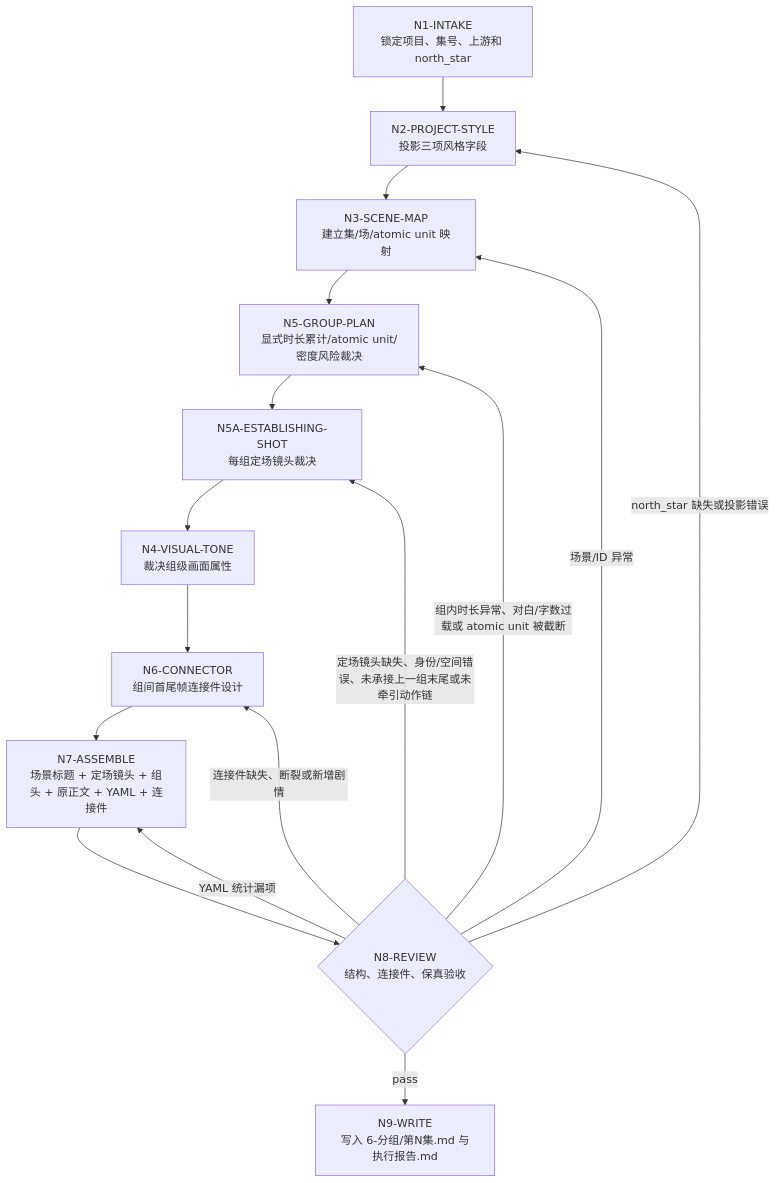
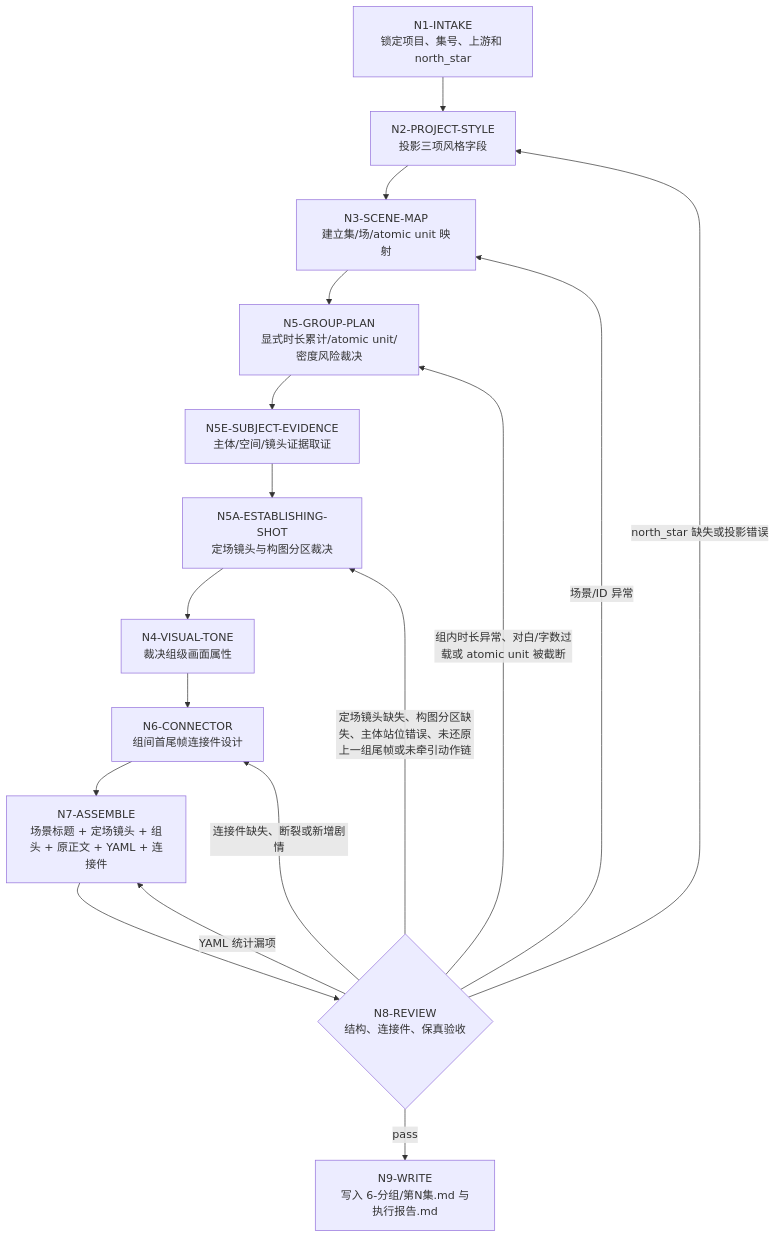
Before and after one commit to ZEN-VOID/AI-CUT: the first of 3 diagrams in .agents/skills/aigc/6-分组/steps/grouping-workflow.md, drawn with Mermaid. The commit also changed other lines of this file and 128 other files, not shown here.

````diff
--- a/.agents/skills/aigc/6-分组/steps/grouping-workflow.md
+++ b/.agents/skills/aigc/6-分组/steps/grouping-workflow.md
@@ -19,18 +19,19 @@
 ```mermaid
 flowchart TD
     N1["N1-INTAKE<br/>锁定项目、集号、上游和 north_star"] --> N2["N2-PROJECT-STYLE<br/>投影三项风格字段"]
     N2 --> N3["N3-SCENE-MAP<br/>建立集/场/atomic unit 映射"]
     N3 --> N5["N5-GROUP-PLAN<br/>显式时长累计/atomic unit/密度风险裁决"]
-    N5 --> N5A["N5A-ESTABLISHING-SHOT<br/>每组定场镜头裁决"]
+    N5 --> N5E["N5E-SUBJECT-EVIDENCE<br/>主体/空间/镜头证据取证"]
+    N5E --> N5A["N5A-ESTABLISHING-SHOT<br/>定场镜头与构图分区裁决"]
     N5A --> N4["N4-VISUAL-TONE<br/>裁决组级画面属性"]
     N4 --> N6["N6-CONNECTOR<br/>组间首尾帧连接件设计"]
     N6 --> N7["N7-ASSEMBLE<br/>场景标题 + 定场镜头 + 组头 + 原正文 + YAML + 连接件"]
     N7 --> N8{"N8-REVIEW<br/>结构、连接件、保真验收"}
     N8 -->|"pass"| N9["N9-WRITE<br/>写入 6-分组/第N集.md 与执行报告.md"]
     N8 -->|"north_star 缺失或投影错误"| N2
     N8 -->|"场景/ID 异常"| N3
     N8 -->|"组内时长异常、对白/字数过载或 atomic unit 被截断"| N5
-    N8 -->|"定场镜头缺失、身份/空间错误、未承接上一组末尾或未牵引动作链"| N5A
+    N8 -->|"定场镜头缺失、构图分区缺失、主体站位错误、未还原上一组尾帧或未牵引动作链"| N5A
     N8 -->|"连接件缺失、断裂或新增剧情"| N6
     N8 -->|"YAML 统计漏项"| N7
 ```
````
